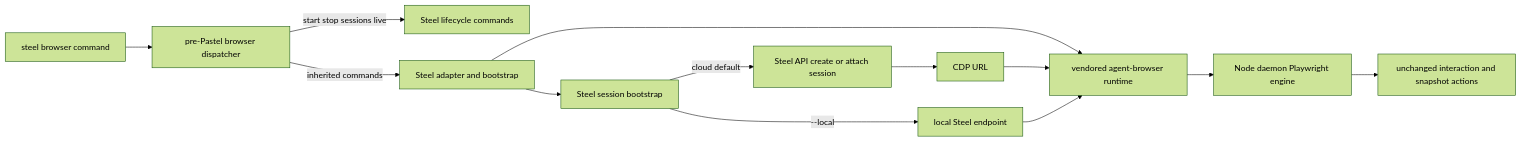
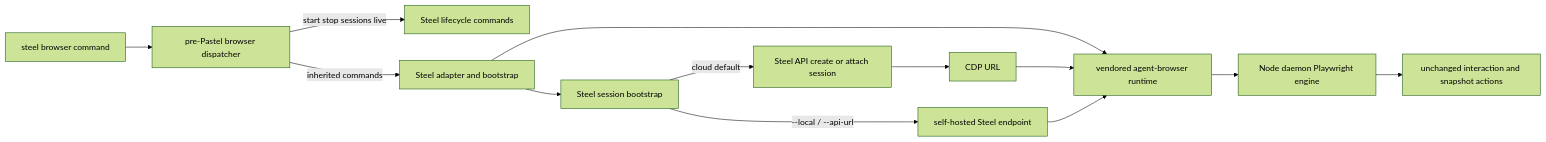
The diagram in steel-browser-fork-plan.md (steel-dev/cli), drawn with Mermaid (forest theme) before and after one commit. The commit also changed other lines of this file and 13 other files, not shown here.

````diff
--- a/steel-browser-fork-plan.md
+++ b/steel-browser-fork-plan.md
@@ -214,15 +292,15 @@
 ```mermaid
 flowchart LR
 steelCmd[steel browser command] --> dispatch[pre-Pastel browser dispatcher]
 dispatch -->|start stop sessions live| lifecycle[Steel lifecycle commands]
 dispatch -->|inherited commands| adapter[Steel adapter and bootstrap]
 adapter --> bootstrap[Steel session bootstrap]
 bootstrap -->|cloud default| steelApi[Steel API create or attach session]
 steelApi --> cdpUrl[CDP URL]
-bootstrap -->|--local| localEndpoint[local Steel endpoint]
+bootstrap -->|--local / --api-url| selfHostedEndpoint[self-hosted Steel endpoint]
 adapter --> vendoredCli[vendored agent-browser runtime]
 cdpUrl --> vendoredCli
-localEndpoint --> vendoredCli
+selfHostedEndpoint --> vendoredCli
 vendoredCli --> daemon[Node daemon Playwright engine]
 daemon --> actions[unchanged interaction and snapshot actions]
 ```
````
